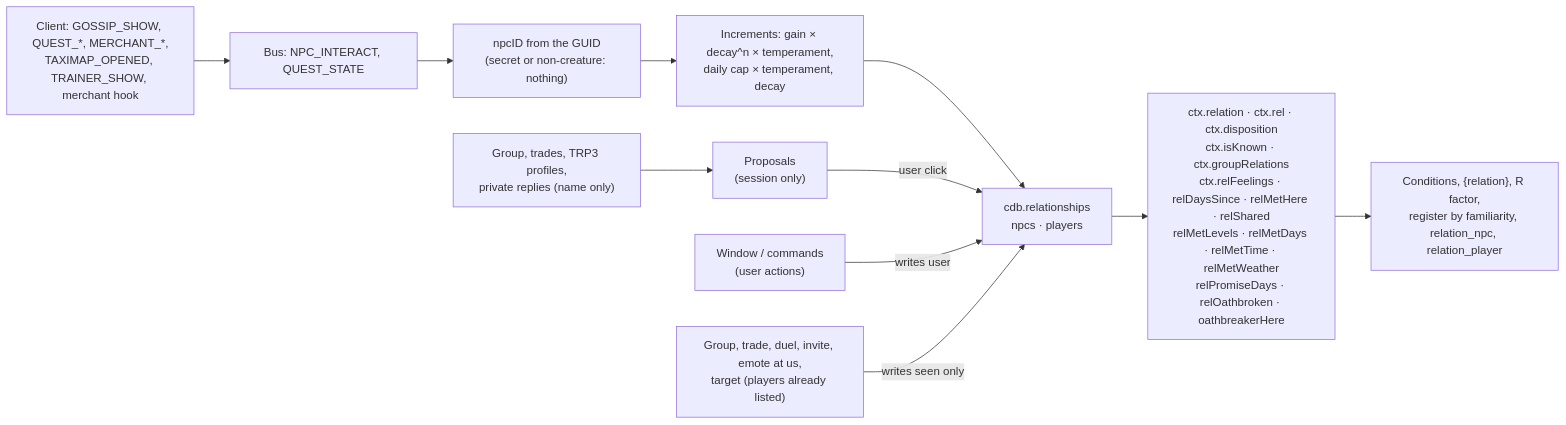
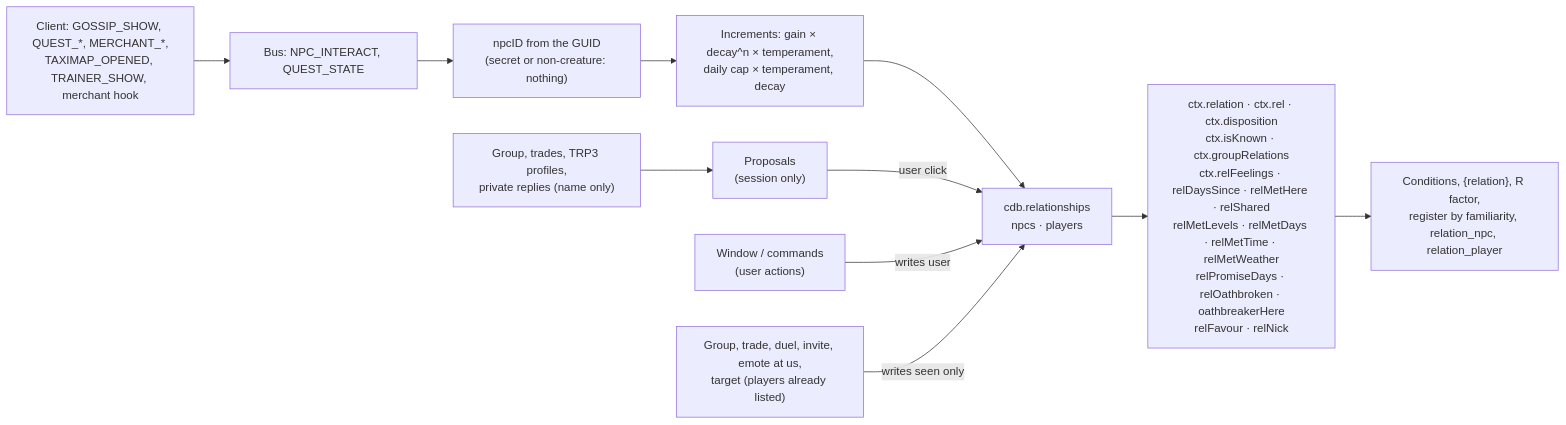
One commit to Finland6738/azeroth-unspoken changed the ninth of 19 diagrams in docs/ARCHITECTURE.md. Above: the diagram before and after it, drawn with Mermaid. The commit also changed other lines of this file and 39 other files, not shown here.

````diff
--- a/docs/ARCHITECTURE.md
+++ b/docs/ARCHITECTURE.md
@@ -425,13 +425,13 @@
 ```mermaid
 flowchart LR
     W["Client: GOSSIP_SHOW, QUEST_*, MERCHANT_*,<br/>TAXIMAP_OPENED, TRAINER_SHOW, merchant hook"] --> B["Bus: NPC_INTERACT, QUEST_STATE"]
     B --> N["npcID from the GUID<br/>(secret or non-creature: nothing)"]
     N --> I["Increments: gain × decay^n × temperament,<br/>daily cap × temperament, decay"]
     I --> D["cdb.relationships<br/>npcs · players"]
     G["Group, trades, TRP3 profiles,<br/>private replies (name only)"] --> C["Proposals<br/>(session only)"]
     C -- "user click" --> D
     U["Window / commands<br/>(user actions)"] -- "writes user" --> D
     E["Group, trade, duel, invite, emote at us,<br/>target (players already listed)"] -- "writes seen only" --> D
-    D --> X["ctx.relation · ctx.rel · ctx.disposition<br/>ctx.isKnown · ctx.groupRelations<br/>ctx.relFeelings · relDaysSince · relMetHere · relShared<br/>relMetLevels · relMetDays · relMetTime · relMetWeather<br/>relPromiseDays · relOathbroken · oathbreakerHere"]
+    D --> X["ctx.relation · ctx.rel · ctx.disposition<br/>ctx.isKnown · ctx.groupRelations<br/>ctx.relFeelings · relDaysSince · relMetHere · relShared<br/>relMetLevels · relMetDays · relMetTime · relMetWeather<br/>relPromiseDays · relOathbroken · oathbreakerHere<br/>relFavour · relNick"]
     X --> R["Conditions, {relation}, R factor,<br/>register by familiarity, relation_npc, relation_player"]
 ```
````
